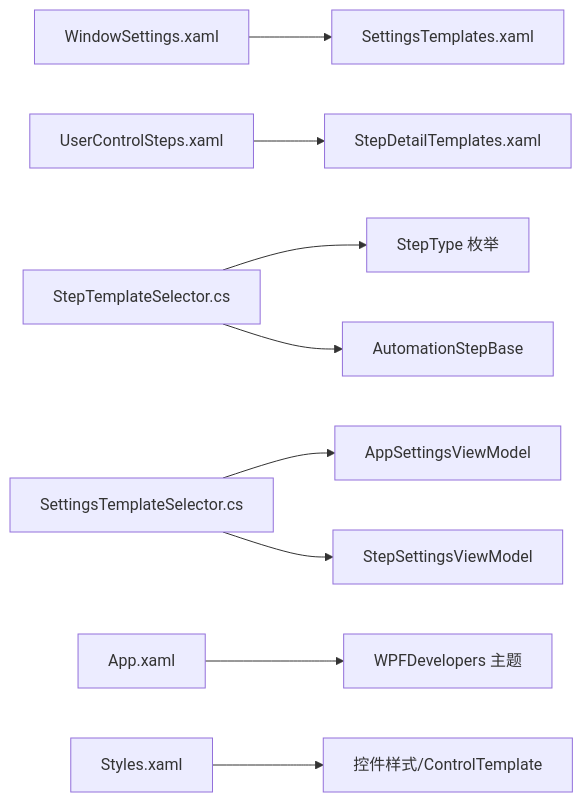
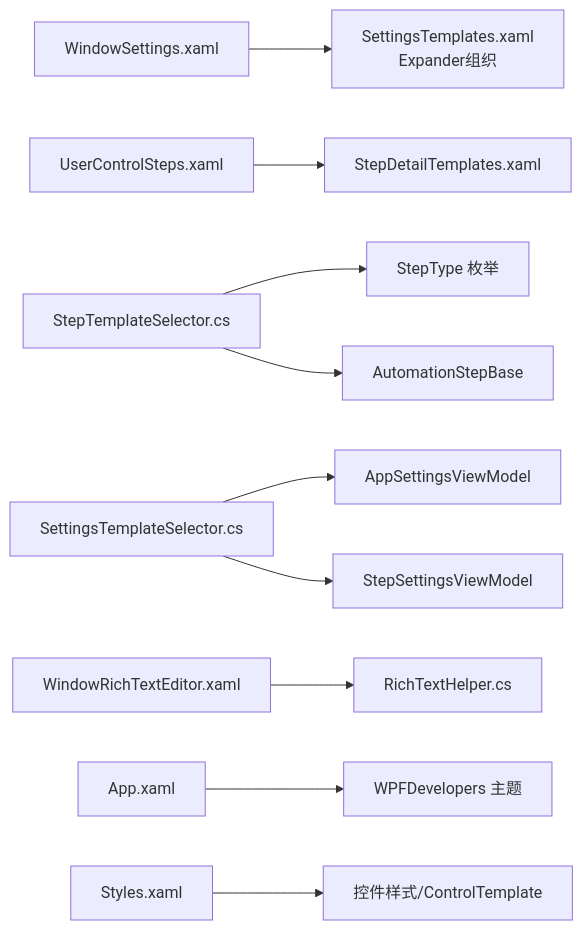
Before and after one commit to yooxii/ShaoLuAuto: the fifth of 5 diagrams in .qoder/repowiki/zh/content/用户界面系统/XAML 模板系统.md, drawn with Mermaid. The commit also changed other lines of this file and 33 other files, not shown here.

````diff
--- a/.qoder/repowiki/zh/content/用户界面系统/XAML 模板系统.md
+++ b/.qoder/repowiki/zh/content/用户界面系统/XAML 模板系统.md
@@ -346,11 +370,12 @@
 ```mermaid
 graph LR
-WinSet["WindowSettings.xaml"] --> ST["SettingsTemplates.xaml"]
+WinSet["WindowSettings.xaml"] --> ST["SettingsTemplates.xaml<br/>Expander组织"]
 UCSteps["UserControlSteps.xaml"] --> SDT["StepDetailTemplates.xaml"]
 StepSel["StepTemplateSelector.cs"] --> Enum["StepType 枚举"]
 StepSel --> Base["AutomationStepBase"]
 STSel["SettingsTemplateSelector.cs"] --> AppVM["AppSettingsViewModel"]
 STSel --> StepVM["StepSettingsViewModel"]
+RTE["WindowRichTextEditor.xaml"] --> RTHelper["RichTextHelper.cs"]
 AppXaml["App.xaml"] --> Theme["WPFDevelopers 主题"]
 Styles["Styles.xaml"] --> Controls["控件样式/ControlTemplate"]
 ```
````
